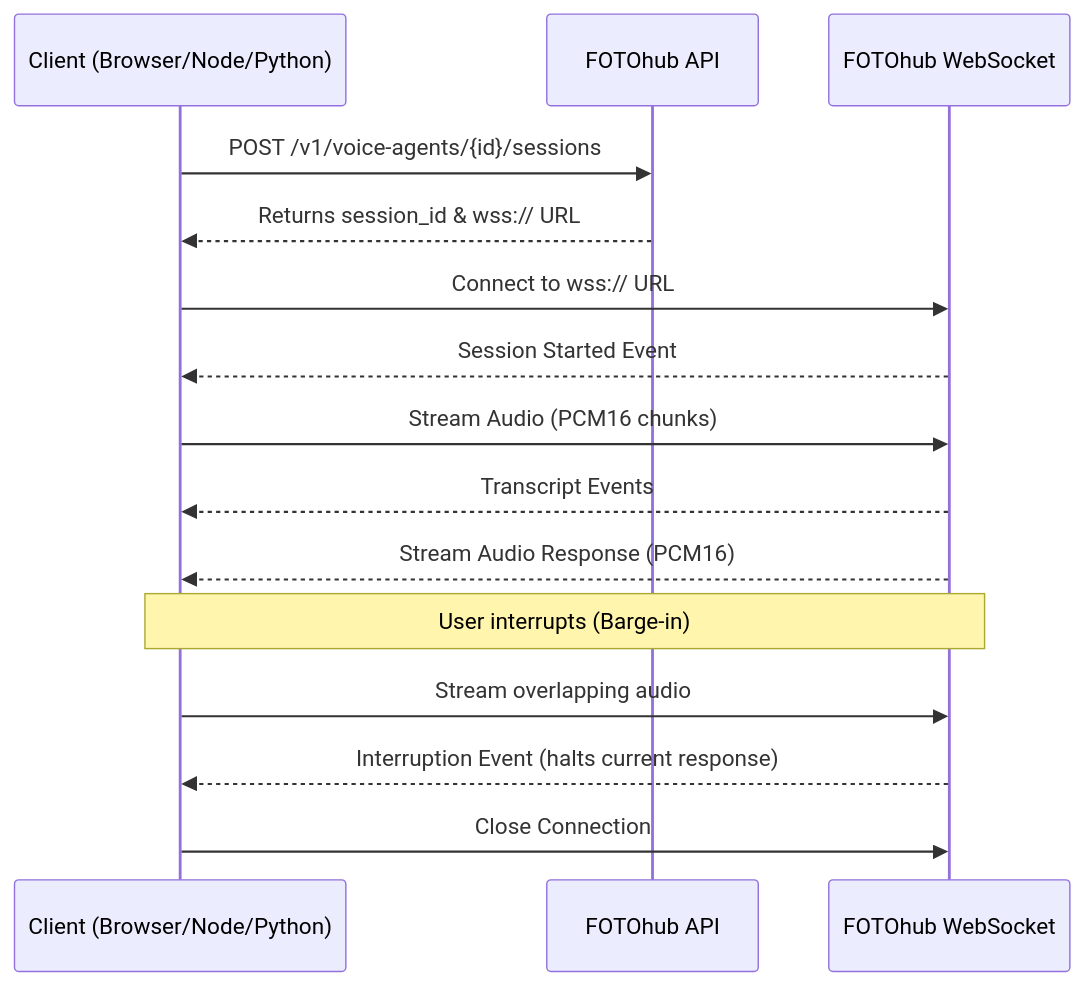
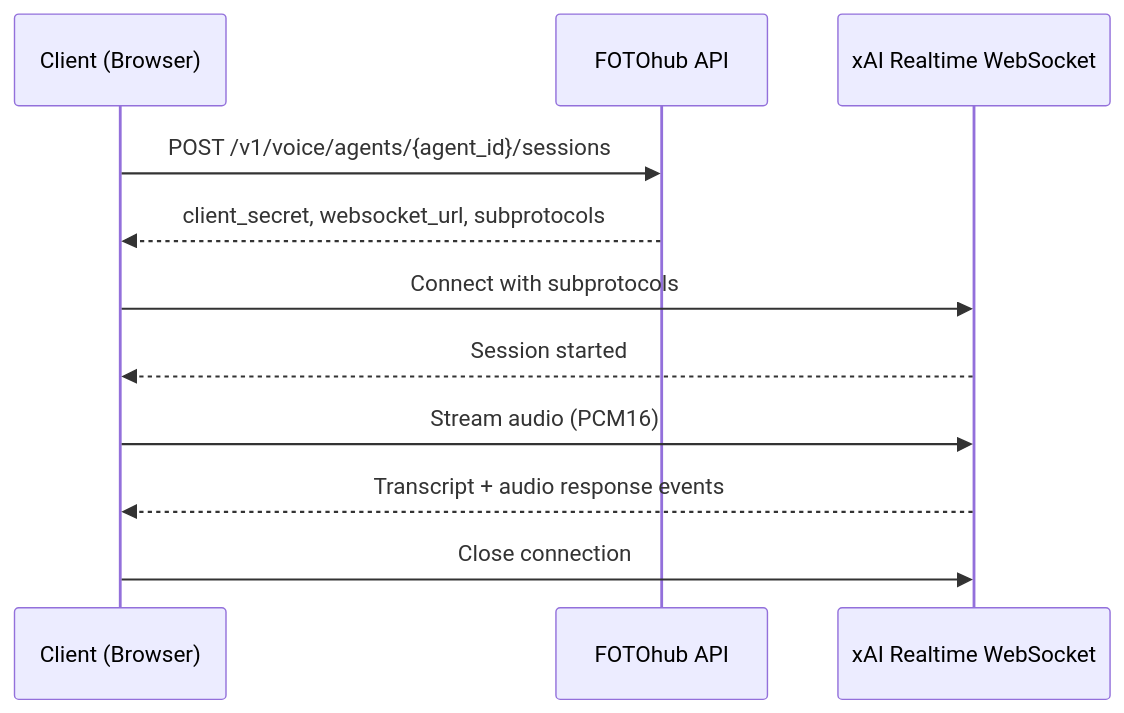
One commit to fotohubapp/docs changed the diagram in api/voice-agents.md. Above: the diagram before and after it, drawn with Mermaid. The commit also changed other lines of this file and 91 other files, not shown here.

````diff
--- a/api/voice-agents.md
+++ b/api/voice-agents.md
@@ -13,17 +16,13 @@
 ```mermaid
 sequenceDiagram
-    participant C as Client (Browser/Node/Python)
+    participant C as Client (Browser)
     participant S as FOTOhub API
-    participant W as FOTOhub WebSocket
-    C->>S: POST /v1/voice-agents/{id}/sessions
-    S-->>C: Returns session_id & wss:// URL
-    C->>W: Connect to wss:// URL
-    W-->>C: Session Started Event
-    C->>W: Stream Audio (PCM16 chunks)
-    W-->>C: Transcript Events
-    W-->>C: Stream Audio Response (PCM16)
-    Note over C,W: User interrupts (Barge-in)
-    C->>W: Stream overlapping audio
-    W-->>C: Interruption Event (halts current response)
-    C->>W: Close Connection
+    participant W as xAI Realtime WebSocket
+    C->>S: POST /v1/voice/agents/{agent_id}/sessions
+    S-->>C: client_secret, websocket_url, subprotocols
+    C->>W: Connect with subprotocols
+    W-->>C: Session started
+    C->>W: Stream audio (PCM16)
+    W-->>C: Transcript + audio response events
+    C->>W: Close connection
 ```
````
